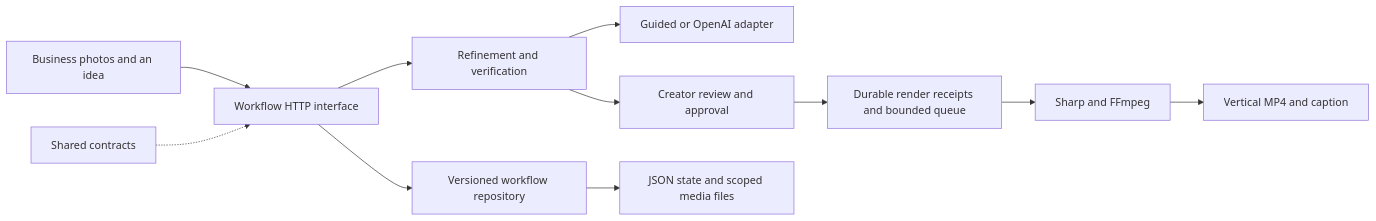
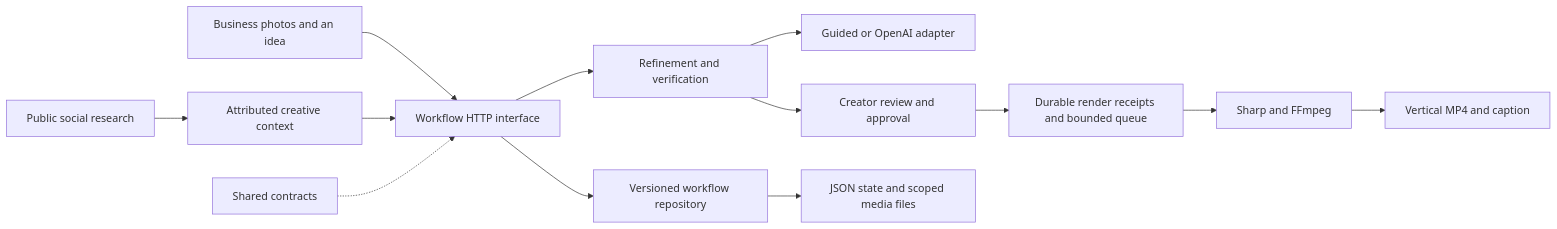
Before and after one commit to Emmit3/yap.: the diagram in docs/architecture.md, drawn with Mermaid. The commit also changed other lines of this file and 1 other file, not shown here.

Commit message:
Validate full workspace and document research architecture

````diff
--- a/docs/architecture.md
+++ b/docs/architecture.md
@@ -3,13 +3,15 @@
 ```mermaid
 flowchart LR
   Inputs[Business photos and an idea] --> API[Workflow HTTP interface]
+  Research[Public social research] --> Context[Attributed creative context]
+  Context --> API
   API --> Engine[Refinement and verification]
   Engine --> Provider[Guided or OpenAI adapter]
   Engine --> Review[Creator review and approval]
   Review --> Queue[Durable render receipts and bounded queue]
   Queue --> Renderer[Sharp and FFmpeg]
   Renderer --> Output[Vertical MP4 and caption]
   API --> Store[Versioned workflow repository]
   Store --> Disk[JSON state and scoped media files]
   Contracts[Shared contracts] -.-> API
 ```
````
